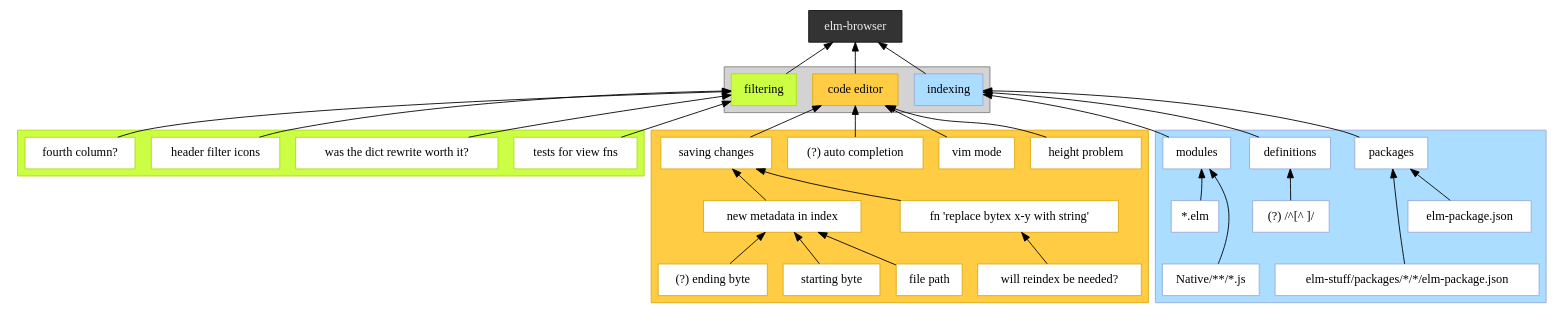
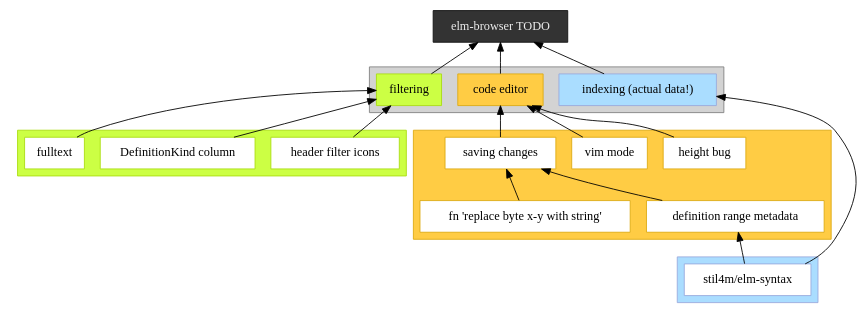
The diagram in todo.dot (Janiczek/elm-browser), drawn with Graphviz before and after one commit. The commit also changed 1 other file, not shown here.

Commit message:
Update TODO

```diff
--- a/todo.dot
+++ b/todo.dot
@@ -1,116 +1,78 @@
 digraph G {
 
 node [shape = box];
+rankdir=BT;
 
-"elm-browser" [style = filled,color="#111111",fillcolor="#333333",fontcolor="#eeeeee"];
+"elm-browser TODO" [style = filled,color="#111111",fillcolor="#333333",fontcolor="#eeeeee"];
 
-// ELM-BROWSER
-
-subgraph cluster_0 {
+subgraph cluster_high_level {
 
   style=filled;
   color=grey;
   fillcolor=lightgrey;
   node [style=filled,color=grey,fillcolor=white];
 
   "filtering" [style = filled,color="#aadd11",fillcolor="#ccff44"];
   "code editor" [style = filled,color="#ddaa11",fillcolor="#ffcc44"];
-  "indexing" [style = filled,color="#99aadd",fillcolor="#aaddff"];
+  "indexing (actual data!)" [style = filled,color="#99aadd",fillcolor="#aaddff"];
 
 }
 
-"filtering" -> "elm-browser";
-"code editor" -> "elm-browser";
-"indexing" -> "elm-browser";
+"filtering" -> "elm-browser TODO";
+"code editor" -> "elm-browser TODO";
+"indexing (actual data!)" -> "elm-browser TODO";
 
-// FILTERING
-
-subgraph cluster_1 {
+subgraph cluster_filtering {
 
   style=filled;
   color="#aadd11";
   fillcolor="#ccff44";
   node [style=filled,color="#aadd11", fillcolor=white];
 
-  "tests for view fns";
-  "was the dict rewrite worth it?";
   "header filter icons";
-  "fourth column?";
+  "DefinitionKind column";
+  "fulltext";
 
 }
 
-"tests for view fns" -> "filtering";
-"was the dict rewrite worth it?" -> "filtering";
 "header filter icons" -> "filtering";
-"fourth column?" -> "filtering";
+"DefinitionKind column" -> "filtering";
+"fulltext" -> "filtering";
 
-// CODE EDITOR
-
-subgraph cluster_2 {
+subgraph cluster_code_editor {
 
   style=filled;
   color="#ddaa11";
   fillcolor="#ffcc44";
   node [style=filled,color="#ddaa11", fillcolor=white];
 
-  {rank=same "saving changes" "height problem" "vim mode" "(?) auto completion"}
+  {rank=same "saving changes" "height bug" "vim mode"}
 
   "saving changes";
-  "height problem";
+  "height bug";
   "vim mode";
-  "(?) auto completion";
-
-  "new metadata in index" -> "saving changes";
-  "fn 'replace bytex x-y with string'" -> "saving changes";
-
-  "will reindex be needed?" -> "fn 'replace bytex x-y with string'";
-
-  "file path" -> "new metadata in index";
-  "starting byte" -> "new metadata in index";
-  "(?) ending byte" -> "new metadata in index";
+  
+  "definition range metadata" -> "saving changes";
+  "fn 'replace byte x-y with string'" -> "saving changes";
 
 }
 
 "saving changes" -> "code editor";
-"height problem" -> "code editor";
+"height bug" -> "code editor";
 "vim mode" -> "code editor";
-"(?) auto completion" -> "code editor";
 
-// INDEXING
-
-subgraph cluster_3 {
+subgraph cluster_indexing {
 
   style=filled;
   color="#99aadd";
   fillcolor="#aaddff";
   node [style=filled,color="#99aadd", fillcolor=white];
 
-  {rank=same "packages" "modules" "definitions"}
-  {rank=same "elm-package.json" "*.elm" "(?) /^[^ ]/"}
-  {rank=same "elm-stuff/packages/*/*/elm-package.json" "Native/**/*.js"}
-  
-  "Native/**/*.js" -> "*.elm" -> "modules" [style=invis];
-
-  "packages";
-  "modules";
-  "definitions";
-
-  "elm-package.json" -> "packages";
-  "elm-stuff/packages/*/*/elm-package.json" -> "packages";
-
-  "*.elm" -> "modules";
-  "Native/**/*.js" -> "modules";
-
-  "(?) /^[^ ]/" -> "definitions";
+  "stil4m/elm-syntax"
 
 }
 
-"packages" -> "indexing";
-"modules" -> "indexing";
-"definitions" -> "indexing";
-
-// -------------------
-
-rankdir=BT;
+"stil4m/elm-syntax" -> "indexing (actual data!)";
+"stil4m/elm-syntax" -> "definition range metadata";
 
 }
```
